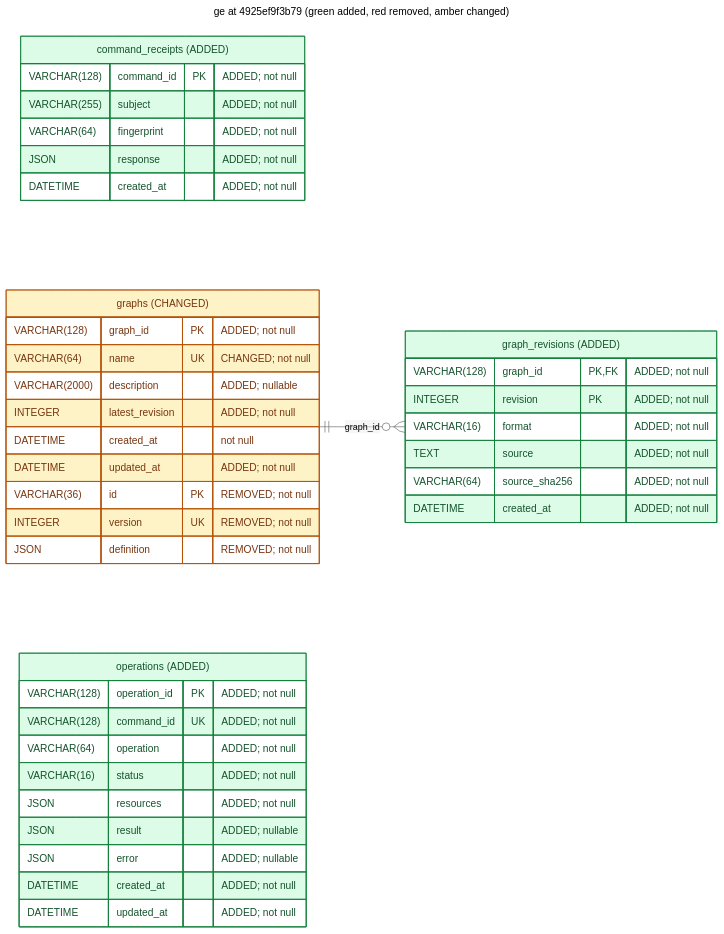
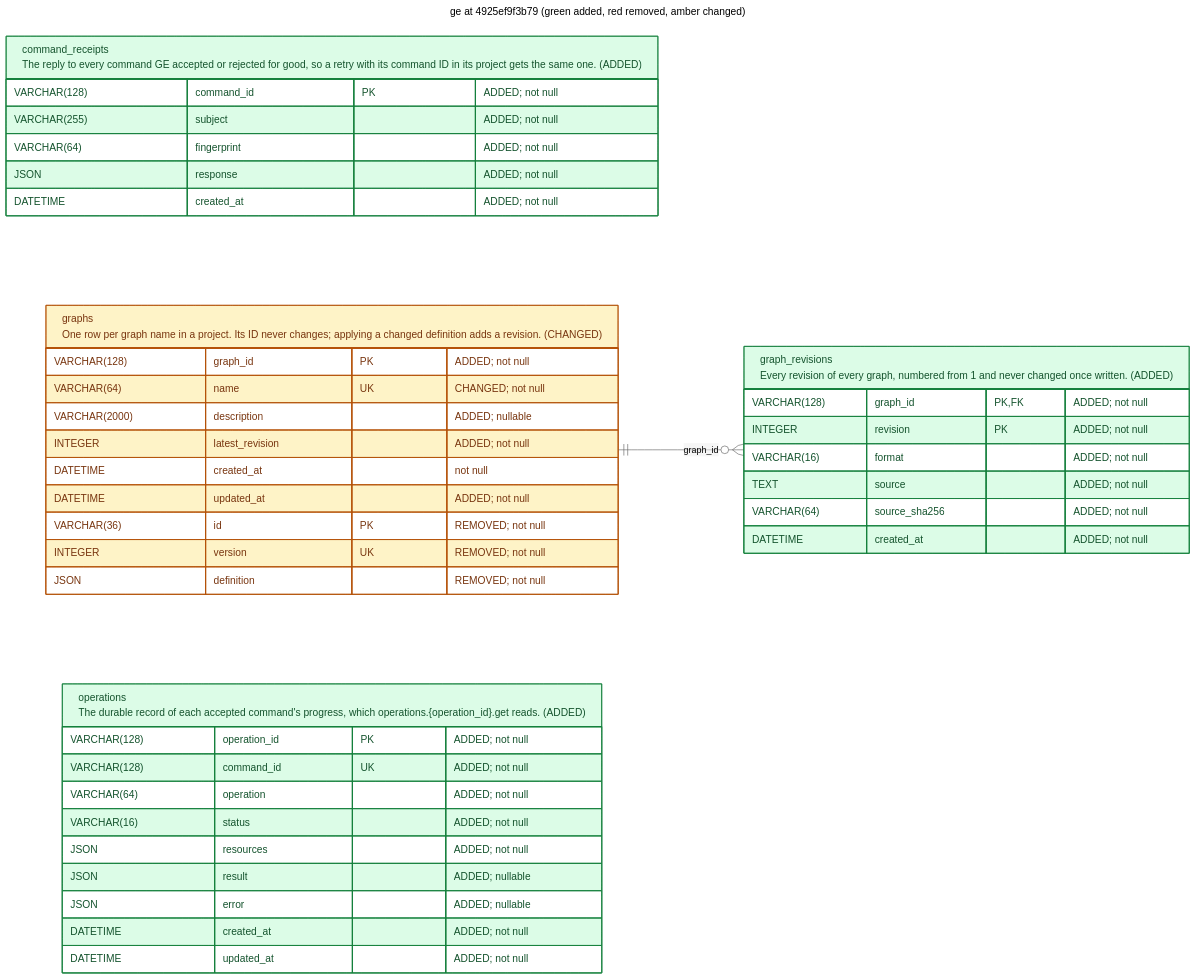
Before and after one commit to OpenEngine/OpenEngine: the diagram in v2/docs/schema/ge/4925ef9f3b79.mermaid, drawn with Mermaid. The commit also changed 25 other files, not shown here.

Commit message:
docs: update service schemas

```diff
--- a/v2/docs/schema/ge/4925ef9f3b79.mermaid
+++ b/v2/docs/schema/ge/4925ef9f3b79.mermaid
@@ -1,55 +1,55 @@
 ---
 title: ge at 4925ef9f3b79 (green added, red removed, amber changed)
 config:
   theme: neutral
 ---
 erDiagram
     direction LR
     %% REMOVED tables/columns are tombstones, absent from this revision's schema.
     %% Column changes include type, nullability, default and key membership.
     %% Table changes also include indexes and constraints.
     classDef added fill:#dcfce7,stroke:#15803d,color:#14532d
     classDef removed fill:#fee2e2,stroke:#b91c1c,color:#7f1d1d
     classDef changed fill:#fef3c7,stroke:#b45309,color:#78350f
-    command_receipts["command_receipts (ADDED)"] {
+    command_receipts["command_receipts<br/>The reply to every command GE accepted or rejected for good, so a retry with its command ID in its project gets the same one. (ADDED)"] {
         VARCHAR(128) command_id PK "ADDED; not null"
         VARCHAR(255) subject "ADDED; not null"
         VARCHAR(64) fingerprint "ADDED; not null"
         JSON response "ADDED; not null"
         DATETIME created_at "ADDED; not null"
     }
     class command_receipts added
-    graph_revisions["graph_revisions (ADDED)"] {
+    graph_revisions["graph_revisions<br/>Every revision of every graph, numbered from 1 and never changed once written. (ADDED)"] {
         VARCHAR(128) graph_id PK,FK "ADDED; not null"
         INTEGER revision PK "ADDED; not null"
         VARCHAR(16) format "ADDED; not null"
         TEXT source "ADDED; not null"
         VARCHAR(64) source_sha256 "ADDED; not null"
         DATETIME created_at "ADDED; not null"
     }
     class graph_revisions added
     graphs ||--o{ graph_revisions : "graph_id"
-    graphs["graphs (CHANGED)"] {
+    graphs["graphs<br/>One row per graph name in a project. Its ID never changes; applying a changed definition adds a revision. (CHANGED)"] {
         VARCHAR(128) graph_id PK "ADDED; not null"
         VARCHAR(64) name UK "CHANGED; not null"
         VARCHAR(2000) description "ADDED; nullable"
         INTEGER latest_revision "ADDED; not null"
         DATETIME created_at "not null"
         DATETIME updated_at "ADDED; not null"
         VARCHAR(36) id PK "REMOVED; not null"
         INTEGER version UK "REMOVED; not null"
         JSON definition "REMOVED; not null"
     }
     class graphs changed
-    operations["operations (ADDED)"] {
+    operations["operations<br/>The durable record of each accepted command's progress, which operations.{operation_id}.get reads. (ADDED)"] {
         VARCHAR(128) operation_id PK "ADDED; not null"
         VARCHAR(128) command_id UK "ADDED; not null"
         VARCHAR(64) operation "ADDED; not null"
         VARCHAR(16) status "ADDED; not null"
         JSON resources "ADDED; not null"
         JSON result "ADDED; nullable"
         JSON error "ADDED; nullable"
         DATETIME created_at "ADDED; not null"
         DATETIME updated_at "ADDED; not null"
     }
     class operations added
```
